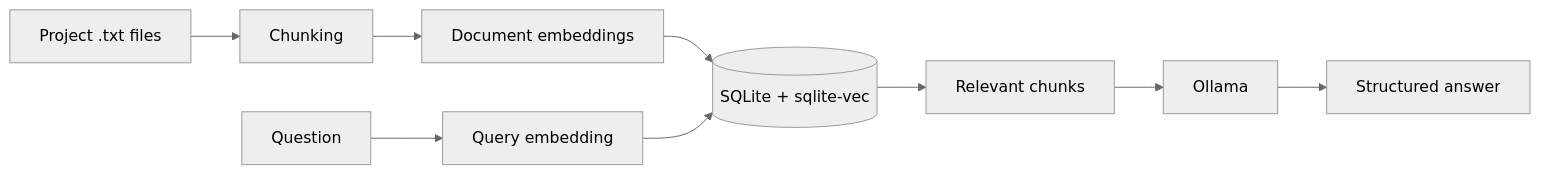
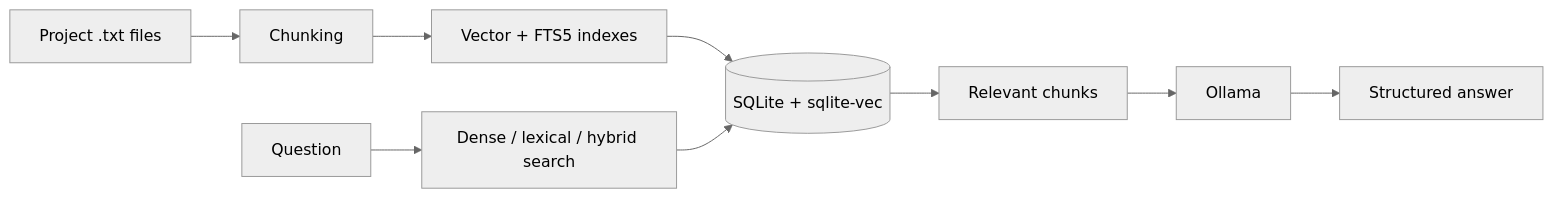
The diagram in README.md (nyhsola/university-cli), drawn with Mermaid (neutral theme) before and after one commit. The commit also changed other lines of this file and 77 other files, not shown here.

````diff
--- a/README.md
+++ b/README.md
@@ -36,11 +36,11 @@
 ```mermaid
 flowchart LR
     A[Project .txt files] --> B[Chunking]
-    B --> C[Document embeddings]
+    B --> C[Vector + FTS5 indexes]
     C --> D[(SQLite + sqlite-vec)]
-    Q[Question] --> E[Query embedding]
+    Q[Question] --> E[Dense / lexical / hybrid search]
     E --> D
     D --> F[Relevant chunks]
     F --> G[Ollama]
     G --> H[Structured answer]
 ```
````
